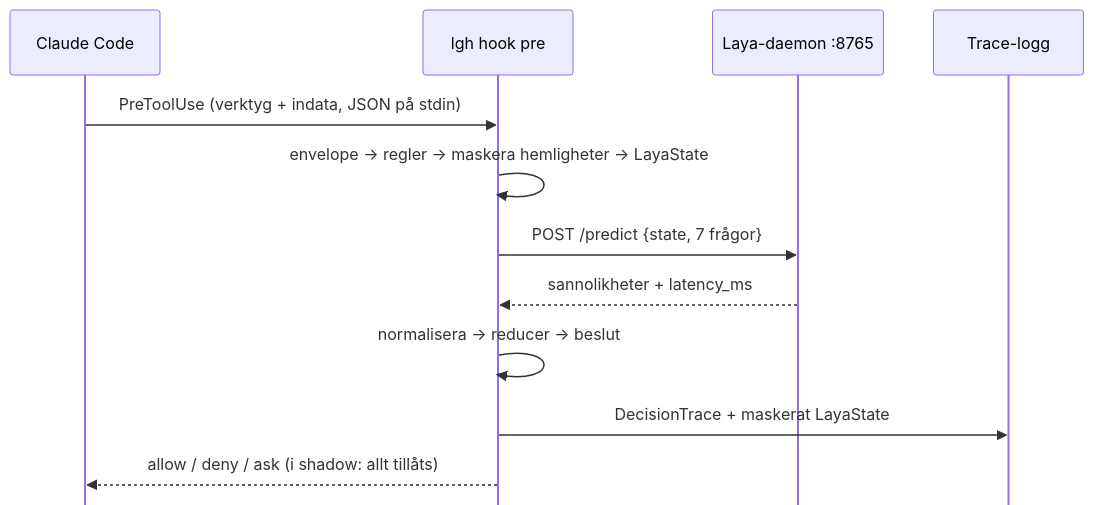
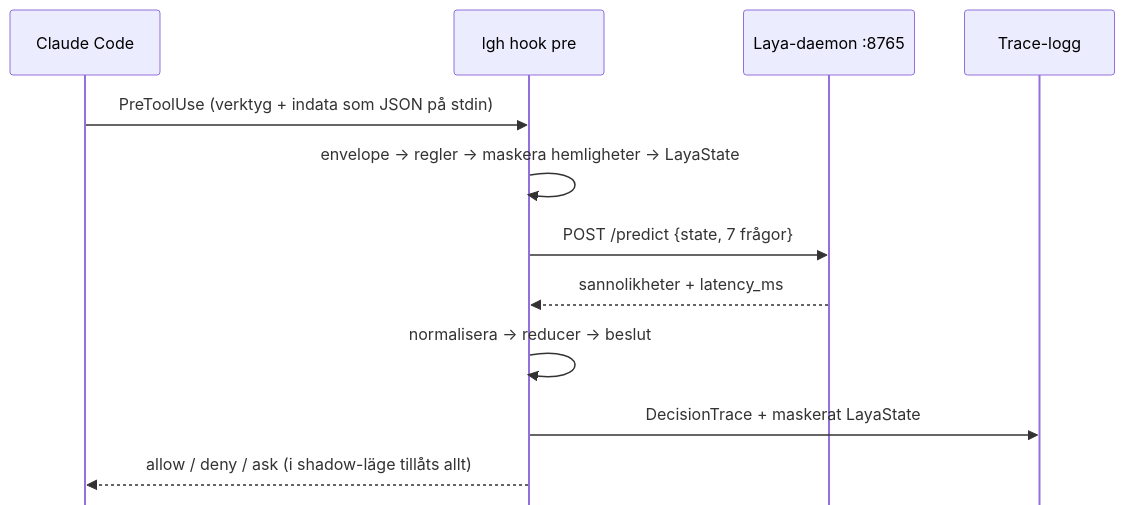
One commit to morre95/Laya-GuardRails-Harness changed the third of 4 diagrams in presentation/slides.md. Above: the diagram before and after it, drawn with Mermaid. The commit also changed other lines of this file and 24 other files, not shown here.

````diff
--- a/presentation/slides.md
+++ b/presentation/slides.md
@@ -355,15 +529,15 @@
-```mermaid {scale: 0.7}
+```mermaid {scale: 0.72}
 %%{init: {'sequence': {'mirrorActors': false}}}%%
 sequenceDiagram
   participant CC as Claude Code
   participant H as lgh hook pre
   participant D as Laya-daemon :8765
   participant T as Trace-logg
-  CC->>H: PreToolUse (verktyg + indata, JSON på stdin)
+  CC->>H: PreToolUse (verktyg + indata som JSON på stdin)
   H->>H: envelope → regler → maskera hemligheter → LayaState
   H->>D: POST /predict {state, 7 frågor}
   D-->>H: sannolikheter + latency_ms
   H->>H: normalisera → reducer → beslut
   H->>T: DecisionTrace + maskerat LayaState
-  H-->>CC: allow / deny / ask (i shadow: allt tillåts)
+  H-->>CC: allow / deny / ask (i shadow-läge tillåts allt)
 ```
````
